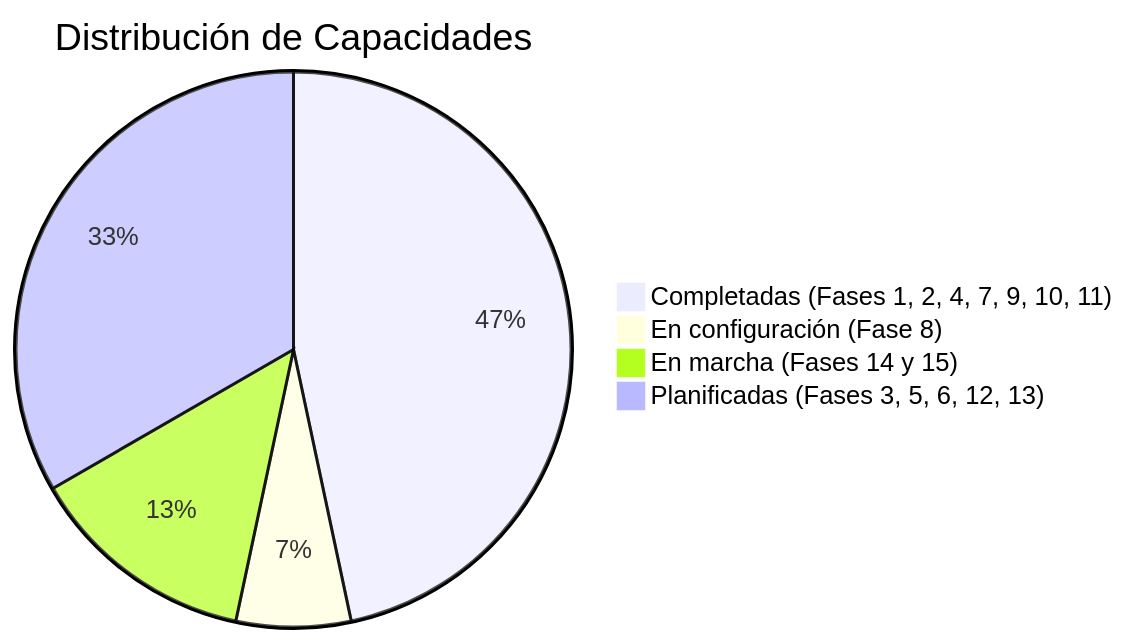
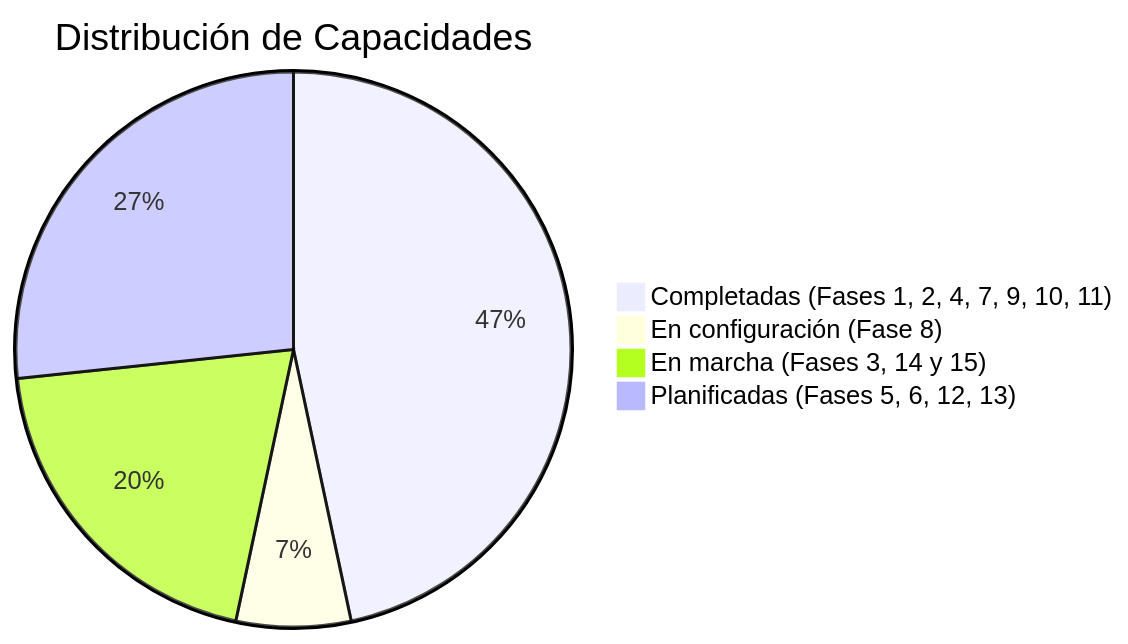
Before and after one commit to SantirokcanX/E.D.I.T.H: the first of 2 diagrams in EDITH_p/00 - Dashboard/Dashboard de EDITH.md, drawn with Mermaid. The commit also changed other lines of this file and 17 other files, not shown here.

````diff
--- a/EDITH_p/00 - Dashboard/Dashboard de EDITH.md
+++ b/EDITH_p/00 - Dashboard/Dashboard de EDITH.md
@@ -39,7 +39,7 @@
 ```mermaid
 pie title Distribución de Capacidades
     "Completadas (Fases 1, 2, 4, 7, 9, 10, 11)" : 7
     "En configuración (Fase 8)" : 1
-    "En marcha (Fases 14 y 15)" : 2
-    "Planificadas (Fases 3, 5, 6, 12, 13)" : 5
+    "En marcha (Fases 3, 14 y 15)" : 3
+    "Planificadas (Fases 5, 6, 12, 13)" : 4
 ```
````
